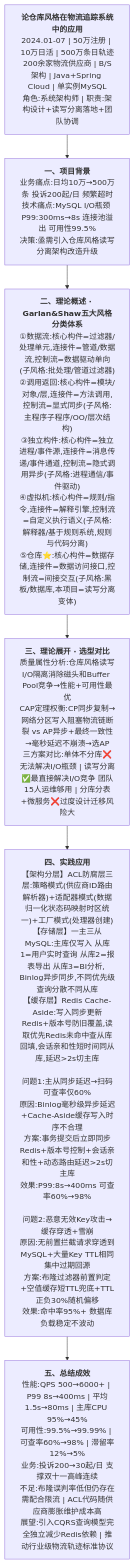
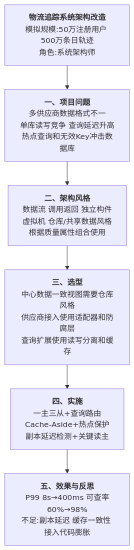
The first of 3 diagrams in 02-论文专题/0001-软件架构风格/00-大纲记忆卡.md (EdgarLQS/SoftwareArchitectureExamGuide), drawn with Mermaid before and after one commit. The commit also changed other lines of this file, not shown here.

Commit message:
fix(essay): correct architecture style cache and consistency guidance

````diff
--- a/02-论文专题/0001-软件架构风格/00-大纲记忆卡.md
+++ b/02-论文专题/0001-软件架构风格/00-大纲记忆卡.md
@@ -11,14 +24,9 @@
 ```mermaid
 graph TD
-    ROOT["<b>论仓库风格在物流追踪系统中的应用</b><br/>2024.01-07 | 50万注册 | 10万日活 | 500万条日轨迹<br/>200余家物流供应商 | B/S架构 | Java+Spring Cloud | 单实例MySQL<br/>角色:系统架构师 | 职责:架构设计+读写分离落地+团队协调"]
-
-    ROOT --> P1["<b>一、项目背景</b><br/>业务痛点:日均10万→500万条 投诉200起/日 频繁超时<br/>技术痛点:MySQL I/O瓶颈 P99:300ms→8s 连接池溢出 可用性99.5%<br/>决策:亟需引入仓库风格读写分离架构改造升级"]
-
-    P1 --> P2["<b>二、理论概述 · Garlan&Shaw五大风格分类体系</b><br/>①数据流:核心构件=过滤器/处理单元,连接件=管道/数据流,控制流=数据驱动单向(子风格:批处理/管道过滤器)<br/>②调用返回:核心构件=模块/对象/层,连接件=方法调用,控制流=显式同步(子风格:主程序子程序/OO/层次结构)<br/>③独立构件:核心构件=独立进程/事件源,连接件=消息传递/事件通道,控制流=隐式调用异步(子风格:进程通信/事件驱动)<br/>④虚拟机:核心构件=规则/指令,连接件=解释引擎,控制流=自定义执行语义(子风格:解释器/基于规则系统,规则与代码分离)<br/>⑤仓库⭐:核心构件=数据存储,连接件=数据访问接口,控制流=间接交互(子风格:黑板/数据库,本项目=读写分离变体)"]
-
-    P2 --> P3["<b>三、理论展开 · 选型对比</b><br/>质量属性分析:仓库风格读写I/O隔离消除磁头和Buffer Pool竞争→性能+可用性最优<br/>CAP定理权衡:CP同步复制→网络分区写入阻塞物流链断裂 vs AP异步+最终一致性→毫秒延迟不崩溃→选AP<br/>三方案对比:单体不分库❌无法解决I/O瓶颈 | 读写分离✅最直接解决I/O竞争 团队15人运维够用 | 分库分表+微服务❌过度设计迁移风险大"]
-
-    P3 --> P4["<b>四、实践应用</b><br/>【架构分层】ACL防腐层三层:策略模式(供应商ID路由解析器)+适配器模式(数据归一化状态码映射时区统一)+工厂模式(处理器创建)<br/>【存储层】一主三从MySQL:主库仅写入 从库1=用户实时查询 从库2=报表导出 从库3=BI分析, Binlog异步同步,不同优先级查询分散不同从库<br/>【缓存层】Redis Cache-Aside:写入同步更新Redis+版本号防旧覆盖,读取优先Redis未命中查从库回填,会话亲和性短时间同从库,延迟>2s切主库<br/><br/>问题1:主从同步延迟→扫码可查率仅60%<br/>原因:Binlog毫秒级异步延迟+Cache-Aside缓存写入时序不合理<br/>方案:事务提交后立即同步Redis+版本号控制+会话亲和性+动态路由延迟>2s切主库<br/>效果:P99:8s→400ms 可查率60%→98%<br/><br/>问题2:恶意无效Key攻击→缓存穿透+雪崩<br/>原因:无前置拦截请求穿透到MySQL+大量Key TTL相同集中过期回源<br/>方案:布隆过滤器前置判定+空值缓存短TTL兜底+TTL正负30%随机偏移<br/>效果:命中率95%+ 数据库负载稳定不波动"]
-
-    P4 --> P5["<b>五、总结成效</b><br/>性能:QPS 500→6000+ | P99 8s→400ms | 平均1.5s→80ms | 主库CPU 95%→45%<br/>可用性:99.5%→99.99% | 可查率60%→98% | 滞留率12%→5%<br/>业务:投诉200→30起/日 支撑双十一高峰连续<br/>不足:布隆误判率低但仍存在需配合限流 | ACL代码随供应商膨胀维护成本高<br/>展望:引入CQRS查询模型完全独立减少Redis依赖 | 推动行业级物流轨迹标准协议"]
+    ROOT["<b>物流追踪系统架构改造</b><br/>模拟规模:50万注册用户 500万条日轨迹<br/>角色:系统架构师"]
+    ROOT --> P1["<b>一、项目问题</b><br/>多供应商数据格式不一<br/>单库读写竞争 查询延迟升高<br/>热点查询和无效Key冲击数据库"]
+    P1 --> P2["<b>二、架构风格</b><br/>数据流 调用返回 独立构件<br/>虚拟机 仓库/共享数据风格<br/>根据质量属性组合使用"]
+    P2 --> P3["<b>三、选型</b><br/>中心数据一致视图需要仓库风格<br/>供应商接入使用适配器和防腐层<br/>查询扩展使用读写分离和缓存"]
+    P3 --> P4["<b>四、实施</b><br/>一主三从+查询路由<br/>Cache-Aside+热点保护<br/>副本延迟检测+关键读主"]
+    P4 --> P5["<b>五、效果与反思</b><br/>P99 8s→400ms 可查率60%→98%<br/>不足:副本延迟 缓存一致性 接入代码膨胀"]
 ```
````
